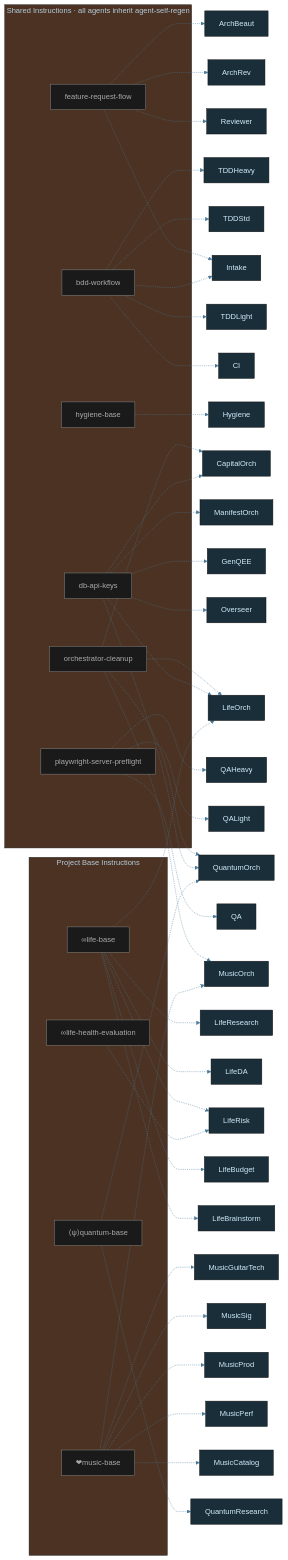
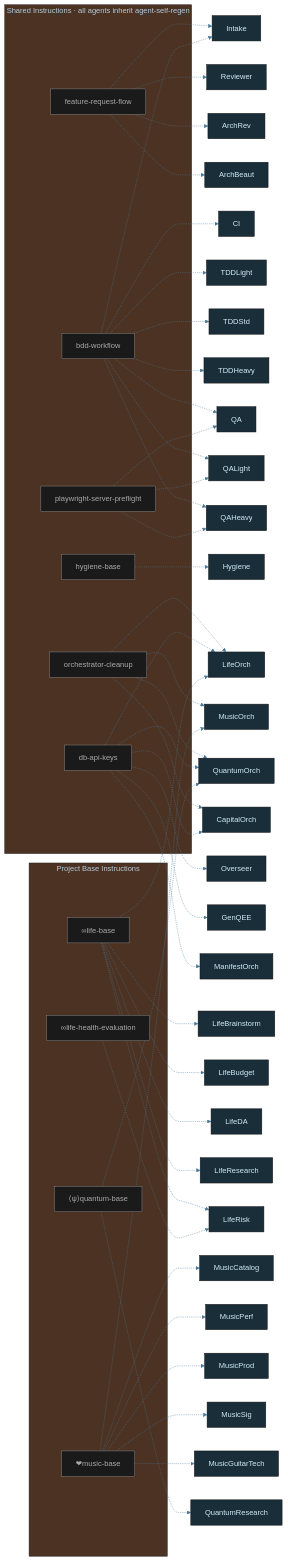
One commit to tylerdrakemusic/-Workspace changed the diagram in diagrams/workspace-agent-topology-instructions.mmd. Above: the diagram before and after it, drawn with Mermaid. The commit also changed 10 other files, not shown here.

```diff
--- a/diagrams/workspace-agent-topology-instructions.mmd
+++ b/diagrams/workspace-agent-topology-instructions.mmd
@@ -1,36 +1,37 @@
 %%{init: {'theme': 'base', 'themeVariables': {'primaryColor': '#1a2e3a', 'primaryTextColor': '#d0ecf8', 'edgeLabelBackground': '#0f1318', 'lineColor': '#4a7a9a'}}}%%
 %% Derived view of workspace-agent-topology.mmd: shared and project-base instruction inheritance.
 graph LR
     subgraph INSTR["Shared Instructions · all agents inherit agent-self-regen"]
         FRFlow["feature-request-flow"]
         BDDFlow["bdd-workflow"]
         HygBase["hygiene-base"]
         OrcClean["orchestrator-cleanup"]
         DbKeys["db-api-keys"]
         PlayPreflight["playwright-server-preflight"]
     end
 
     subgraph PINSTR["Project Base Instructions"]
         LifeBase["∞life-base"]
         HealthEval["∞life-health-evaluation"]
         MusicBase["❤music-base"]
         QuantumBase["⟨ψ⟩quantum-base"]
     end
 
     %% ── Instruction inheritance (dashed) ──
     FRFlow -.-> Intake & Reviewer & ArchRev & ArchBeaut
     BDDFlow -.-> Intake & CI & TDDLight & TDDStd & TDDHeavy
+    BDDFlow -.-> QA & QALight & QAHeavy
     HygBase -.-> Hygiene
     OrcClean -.-> LifeOrch & MusicOrch & QuantumOrch & CapitalOrch
     DbKeys -.-> Overseer & GenQEE & LifeOrch & QuantumOrch & ManifestOrch & CapitalOrch
     PlayPreflight -.-> QA & QALight & QAHeavy
 
     LifeBase -.-> LifeOrch & LifeBrainstorm & LifeBudget & LifeDA & LifeResearch & LifeRisk
     HealthEval -.-> LifeRisk
     MusicBase -.-> MusicOrch & MusicCatalog & MusicPerf & MusicProd & MusicSig & MusicGuitarTech
     QuantumBase -.-> QuantumOrch & QuantumResearch
 
     %% ── Class assignments ──
     class FRFlow,BDDFlow,HygBase,OrcClean,DbKeys,PlayPreflight,LifeBase,HealthEval,MusicBase,QuantumBase instr
 
 classDef instr    fill:#1a1a1a,stroke:#888,color:#aaa
```
